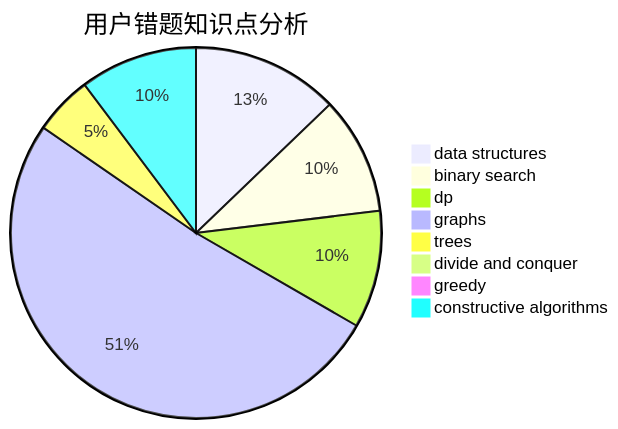
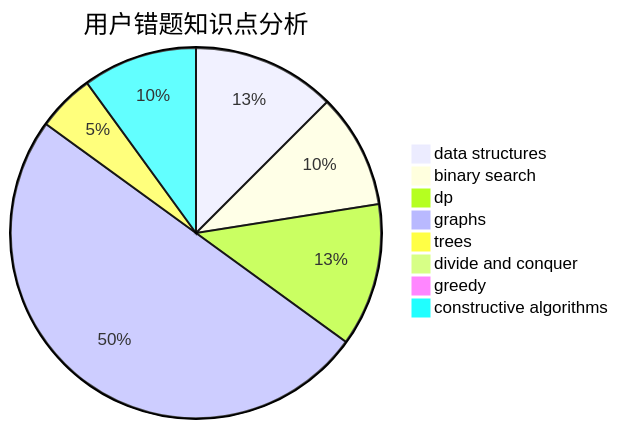
One commit to sherpahu/cfrs.github.io changed the third of 3 diagrams in docs/user/u467.md. Above: the diagram before and after it, drawn with Mermaid. The commit also changed other lines of this file and 2770 other files, not shown here.

````diff
--- a/docs/user/u467.md
+++ b/docs/user/u467.md
@@ -36,11 +36,11 @@
 ```mermaid
 pie title 用户错题知识点分析
     "data structures" :  5
     "binary search" :  4
-    "dp" :  4
+    "dp" :  5
     "graphs" :  20
     "trees" :  2
     "divide and conquer" :  0
     "greedy" :  0
     "constructive algorithms" :  4
 ```
````
